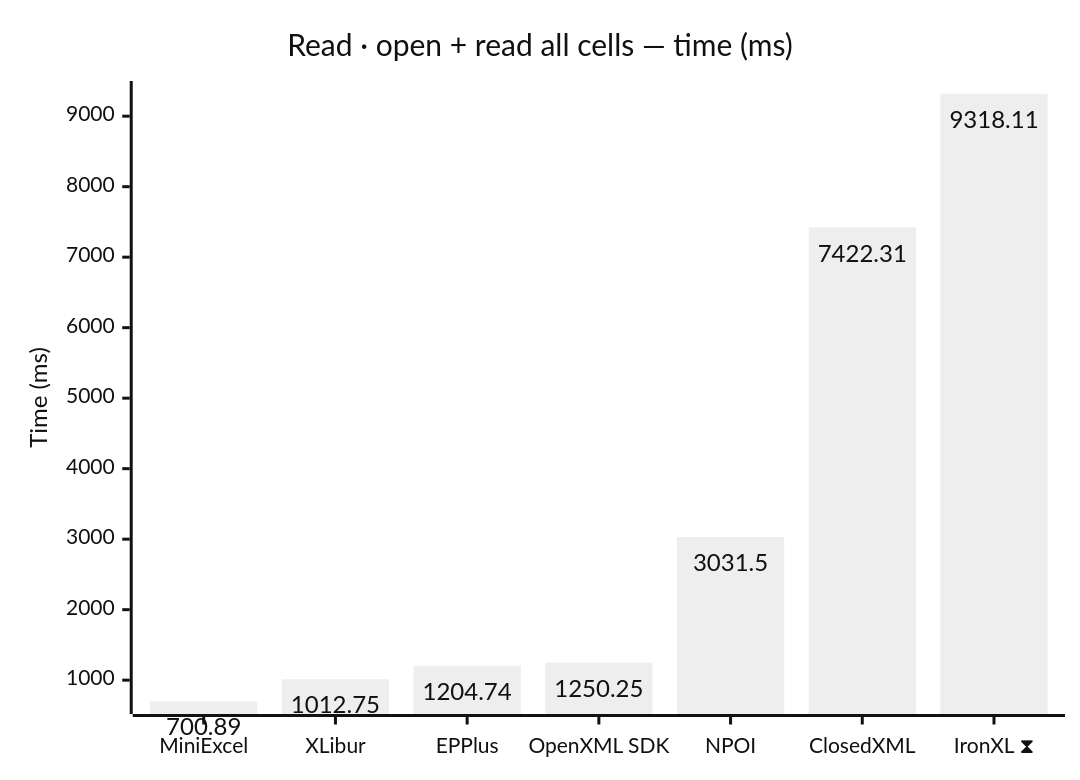
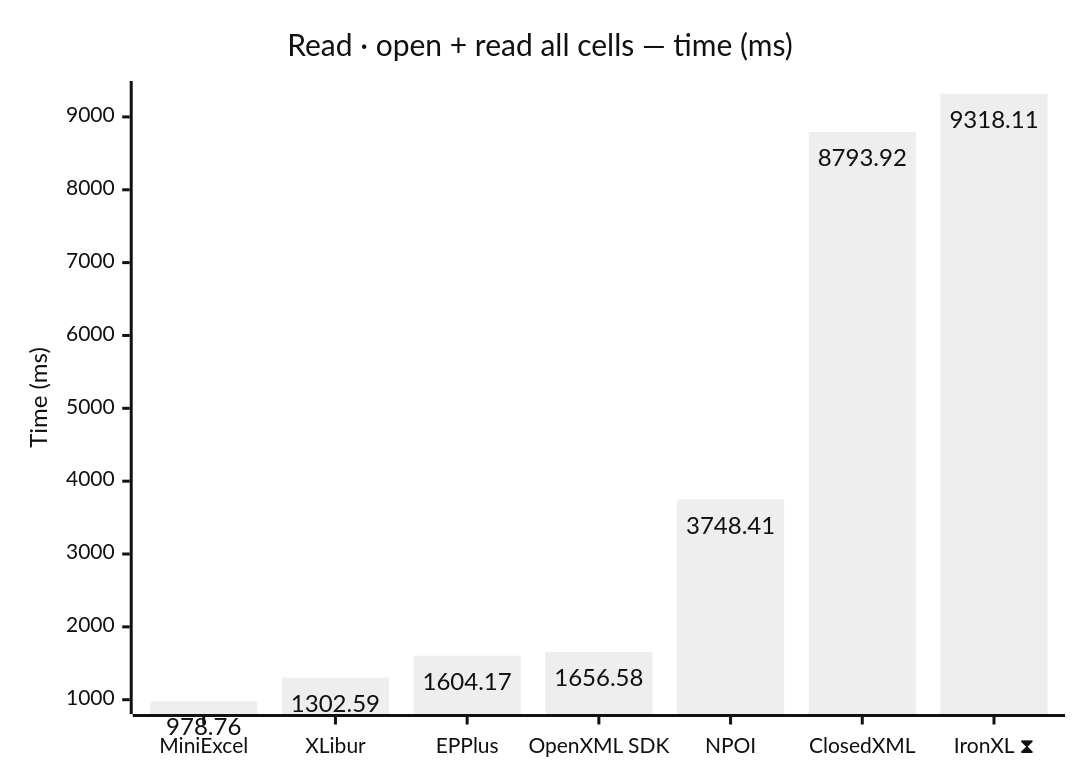
Before and after one commit to jafin/XLBench: the third of 12 diagrams in docs/results-ci.md, drawn with Mermaid (neutral theme). The commit also changed other lines of this file, not shown here.

````diff
--- a/docs/results-ci.md
+++ b/docs/results-ci.md
@@ -67,12 +67,12 @@
 ```mermaid
 ---
 config:
   xyChart:
     showDataLabel: true
 ---
 xychart-beta
     title "Read · open + read all cells — time (ms)"
     x-axis ["MiniExcel", "XLibur", "EPPlus", "OpenXML SDK", "NPOI", "ClosedXML", "IronXL ⧗"]
     y-axis "Time (ms)"
-    bar [700.89, 1012.75, 1204.74, 1250.25, 3031.5, 7422.31, 9318.11]
+    bar [978.76, 1302.59, 1604.17, 1656.58, 3748.41, 8793.92, 9318.11]
 ```
````
